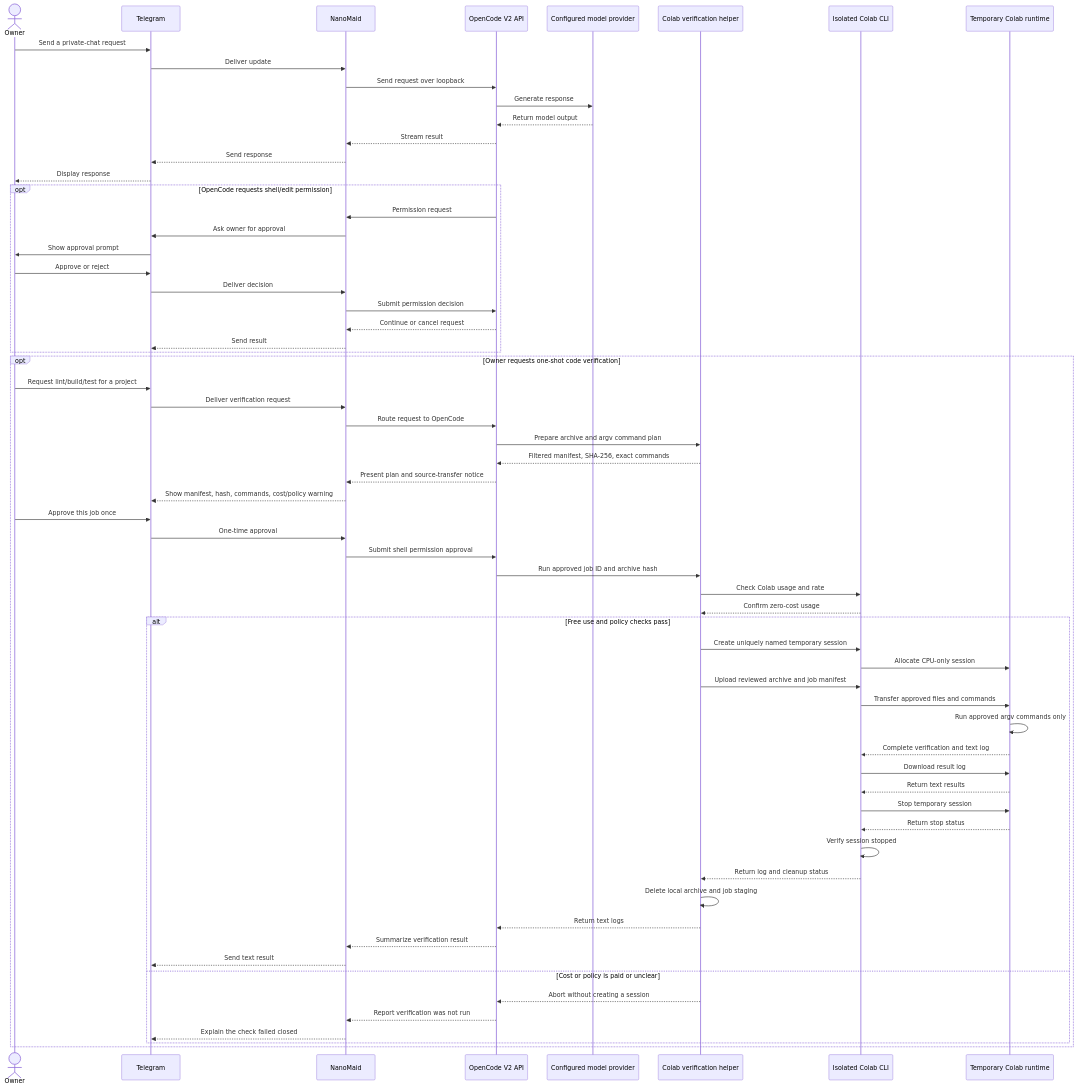
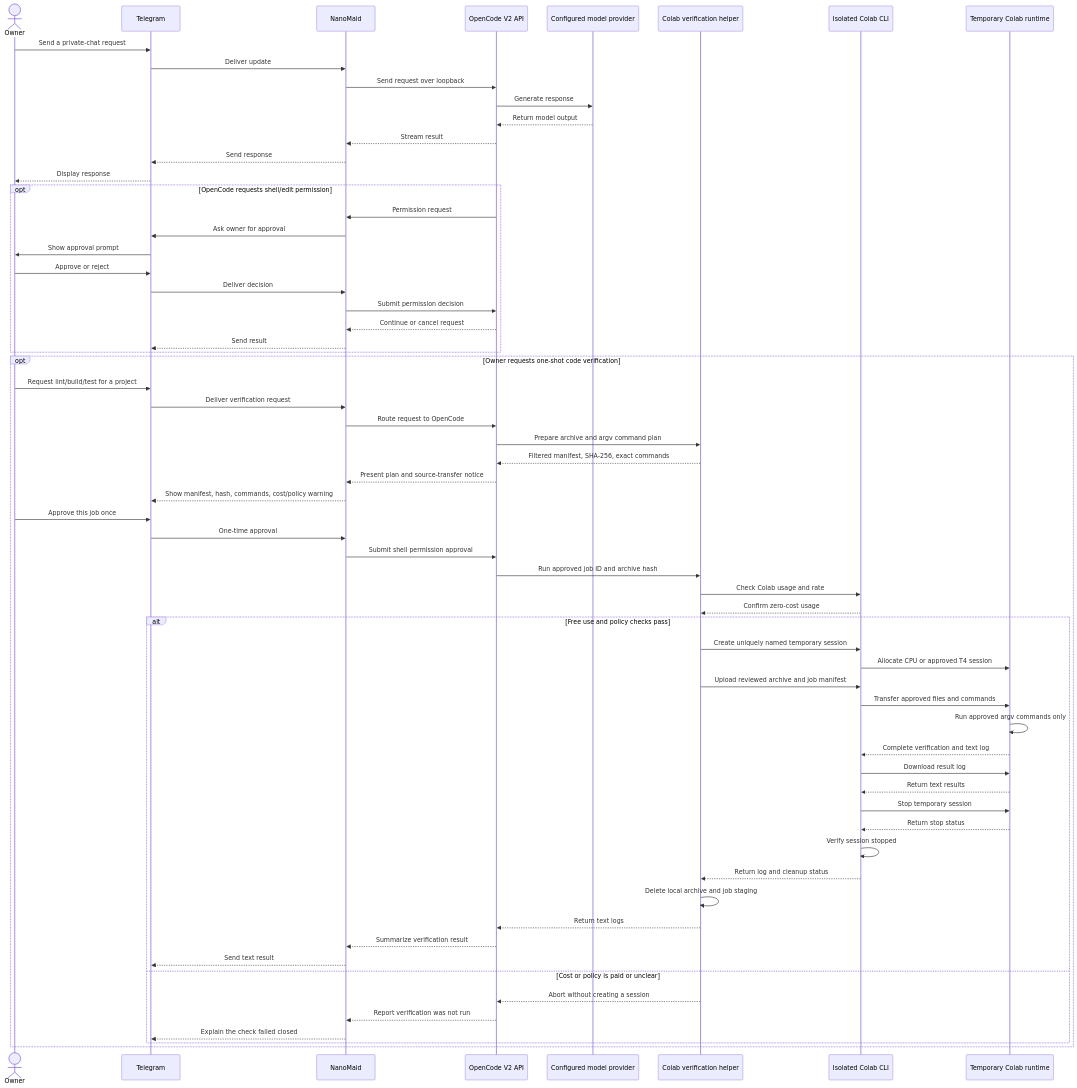
The second of 2 diagrams in README.md (arinadi/nanomaid), drawn with Mermaid before and after one commit. The commit also changed other lines of this file and 11 other files, not shown here.

Commit message:
Add approved Colab T4 and AGENTS installer updates (AI_Task: 2026-09-28-publish-colab-agents-updates)

````diff
--- a/README.md
+++ b/README.md
@@ -90,69 +90,69 @@
 ```mermaid
 sequenceDiagram
     actor Owner
     participant Telegram
     participant Bot as NanoMaid
     participant OpenCode as OpenCode V2 API
     participant Provider as Configured model provider
     participant Helper as Colab verification helper
     participant CLI as Isolated Colab CLI
     participant Colab as Temporary Colab runtime
 
     Owner->>Telegram: Send a private-chat request
     Telegram->>Bot: Deliver update
     Bot->>OpenCode: Send request over loopback
     OpenCode->>Provider: Generate response
     Provider-->>OpenCode: Return model output
     OpenCode-->>Bot: Stream result
     Bot-->>Telegram: Send response
     Telegram-->>Owner: Display response
 
     opt OpenCode requests shell/edit permission
         OpenCode->>Bot: Permission request
         Bot->>Telegram: Ask owner for approval
         Telegram->>Owner: Show approval prompt
         Owner->>Telegram: Approve or reject
         Telegram->>Bot: Deliver decision
         Bot->>OpenCode: Submit permission decision
         OpenCode-->>Bot: Continue or cancel request
         Bot-->>Telegram: Send result
     end
 
     opt Owner requests one-shot code verification
         Owner->>Telegram: Request lint/build/test for a project
         Telegram->>Bot: Deliver verification request
         Bot->>OpenCode: Route request to OpenCode
         OpenCode->>Helper: Prepare archive and argv command plan
         Helper-->>OpenCode: Filtered manifest, SHA-256, exact commands
         OpenCode-->>Bot: Present plan and source-transfer notice
         Bot-->>Telegram: Show manifest, hash, commands, cost/policy warning
         Owner->>Telegram: Approve this job once
         Telegram->>Bot: One-time approval
         Bot->>OpenCode: Submit shell permission approval
         OpenCode->>Helper: Run approved job ID and archive hash
         Helper->>CLI: Check Colab usage and rate
         CLI-->>Helper: Confirm zero-cost usage
         alt Free use and policy checks pass
             Helper->>CLI: Create uniquely named temporary session
-            CLI->>Colab: Allocate CPU-only session
+            CLI->>Colab: Allocate CPU or approved T4 session
             Helper->>CLI: Upload reviewed archive and job manifest
             CLI->>Colab: Transfer approved files and commands
             Colab->>Colab: Run approved argv commands only
             Colab-->>CLI: Complete verification and text log
             CLI->>Colab: Download result log
             Colab-->>CLI: Return text results
             CLI->>Colab: Stop temporary session
             Colab-->>CLI: Return stop status
             CLI->>CLI: Verify session stopped
             CLI-->>Helper: Return log and cleanup status
             Helper->>Helper: Delete local archive and job staging
             Helper-->>OpenCode: Return text logs
             OpenCode-->>Bot: Summarize verification result
             Bot-->>Telegram: Send text result
         else Cost or policy is paid or unclear
             Helper-->>OpenCode: Abort without creating a session
             OpenCode-->>Bot: Report verification was not run
             Bot-->>Telegram: Explain the check failed closed
         end
     end
 ```
````
